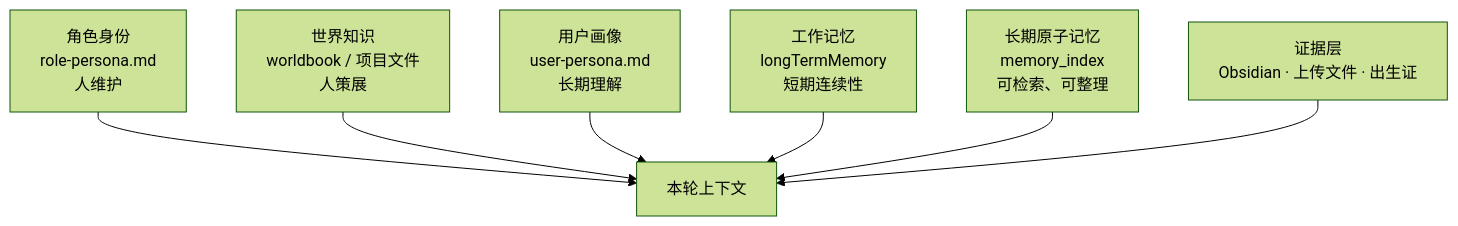
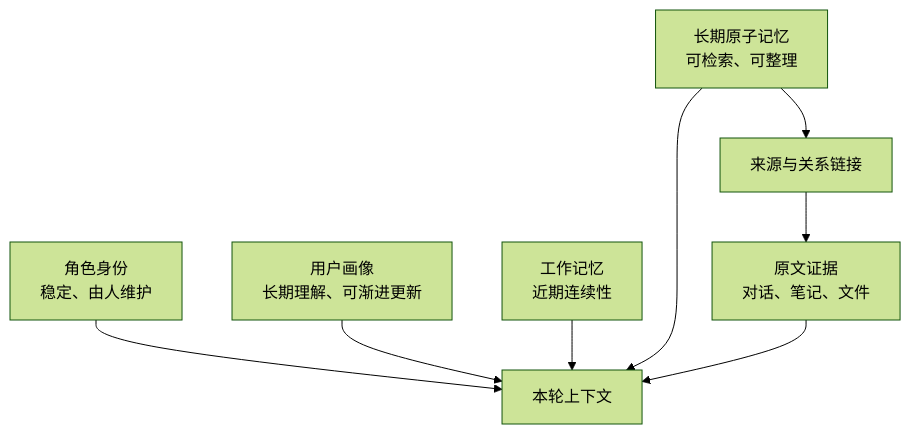
One commit to TAra93-1/AZOTH_mem changed the first of 4 diagrams in azoth_memory_system_anatomy.md. Above: the diagram before and after it, drawn with Mermaid (forest theme). The commit also changed other lines of this file and 2 other files, not shown here.

Commit message:
docs: make memory guide public-facing

````diff
--- a/azoth_memory_system_anatomy.md
+++ b/azoth_memory_system_anatomy.md
@@ -33,9 +98,11 @@
 ```mermaid
 flowchart TB
-    RP["角色身份<br/>role-persona.md<br/>人维护"] --> PROMPT["本轮上下文"]
-    WB["世界知识<br/>worldbook / 项目文件<br/>人策展"] --> PROMPT
-    UP["用户画像<br/>user-persona.md<br/>长期理解"] --> PROMPT
-    WM["工作记忆<br/>longTermMemory<br/>短期连续性"] --> PROMPT
-    LM["长期原子记忆<br/>memory_index<br/>可检索、可整理"] --> PROMPT
-    EV["证据层<br/>Obsidian · 上传文件 · 出生证"] --> PROMPT
+    RP["角色身份<br/>稳定、由人维护"] --> CTX["本轮上下文"]
+    UP["用户画像<br/>长期理解、可渐进更新"] --> CTX
+    WM["工作记忆<br/>近期连续性"] --> CTX
+    LM["长期原子记忆<br/>可检索、可整理"] --> CTX
+    EV["原文证据<br/>对话、笔记、文件"] --> CTX
+
+    LM --> LINK["来源与关系链接"]
+    LINK --> EV
 ```
````
